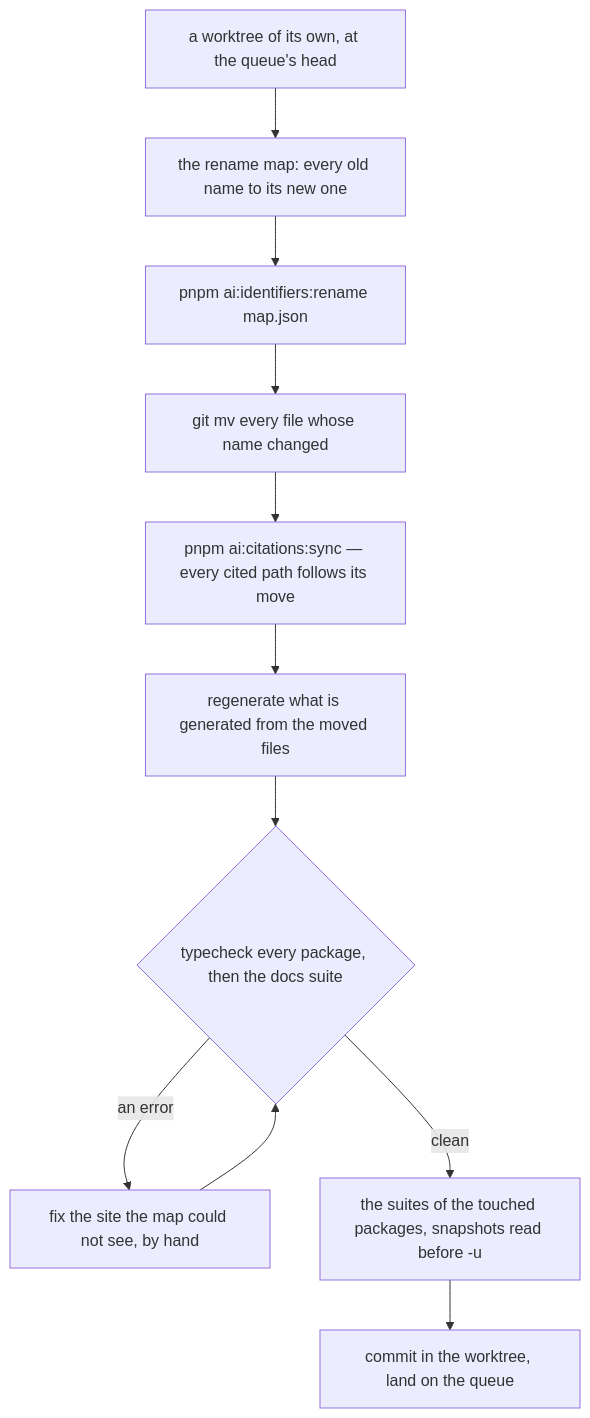
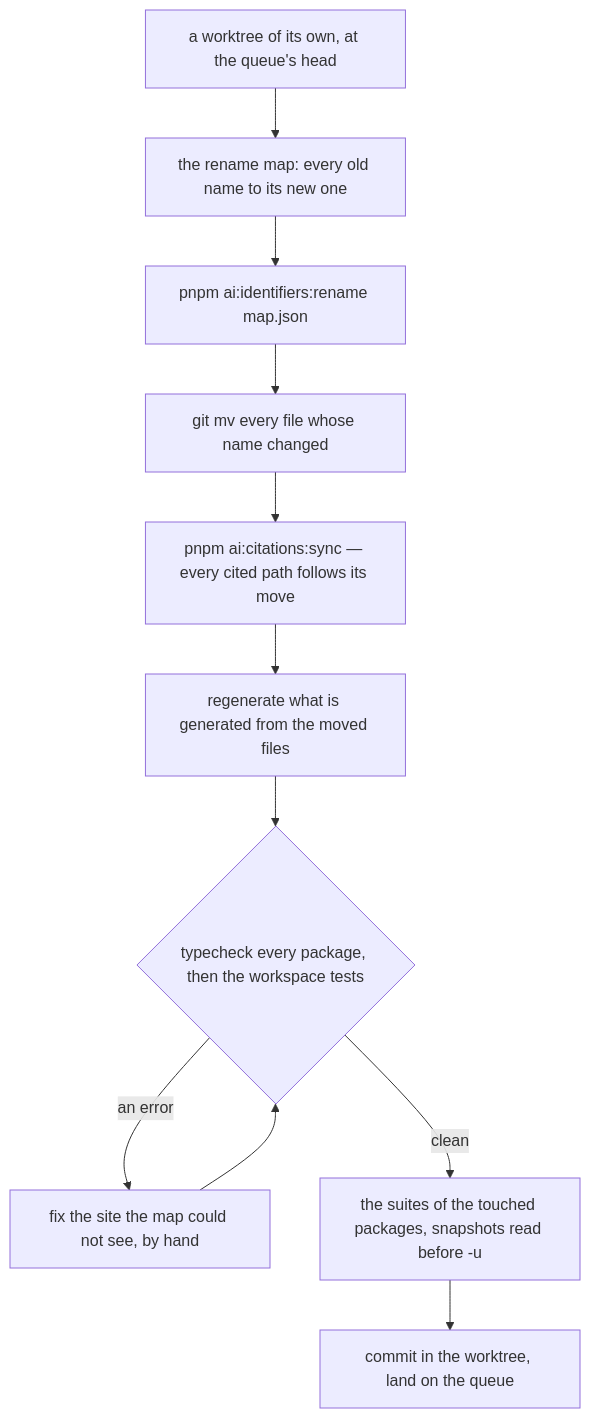
One commit to Esposter/Esposter changed the diagram in .agents/skills/file-organization/references/large-renames.md. Above: the diagram before and after it, drawn with Mermaid. The commit also changed other lines of this file and 3556 other files, not shown here.

````diff
--- a/.agents/skills/file-organization/references/large-renames.md
+++ b/.agents/skills/file-organization/references/large-renames.md
@@ -7,13 +7,13 @@
 ```mermaid
 flowchart TD
   TREE["a worktree of its own, at the queue's head"] --> MAP["the rename map: every old name to its new one"]
   MAP --> CODEMOD["pnpm ai:identifiers:rename map.json"]
   CODEMOD --> MOVE["git mv every file whose name changed"]
   MOVE --> CITE["pnpm ai:citations:sync — every cited path follows its move"]
   CITE --> GEN["regenerate what is generated from the moved files"]
-  GEN --> CHECK{"typecheck every package, then the docs suite"}
+  GEN --> CHECK{"typecheck every package, then the workspace tests"}
   CHECK -->|"an error"| FIX["fix the site the map could not see, by hand"]
   FIX --> CHECK
   CHECK -->|"clean"| TESTS["the suites of the touched packages, snapshots read before -u"]
   TESTS --> LAND["commit in the worktree, land on the queue"]
 ```
````
